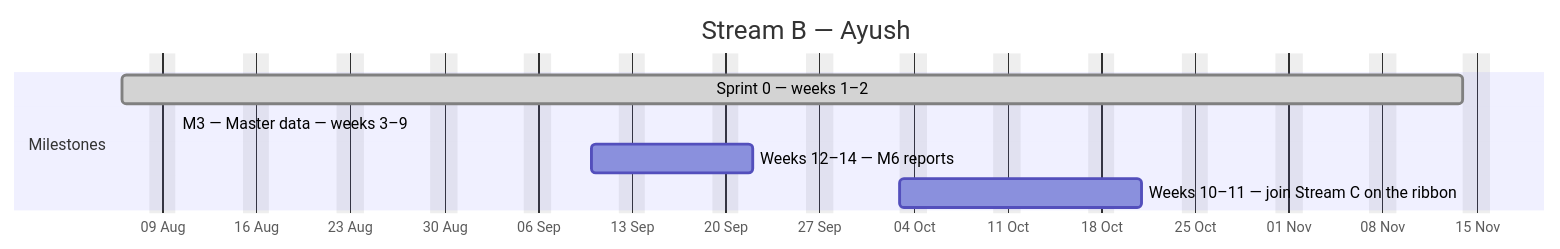
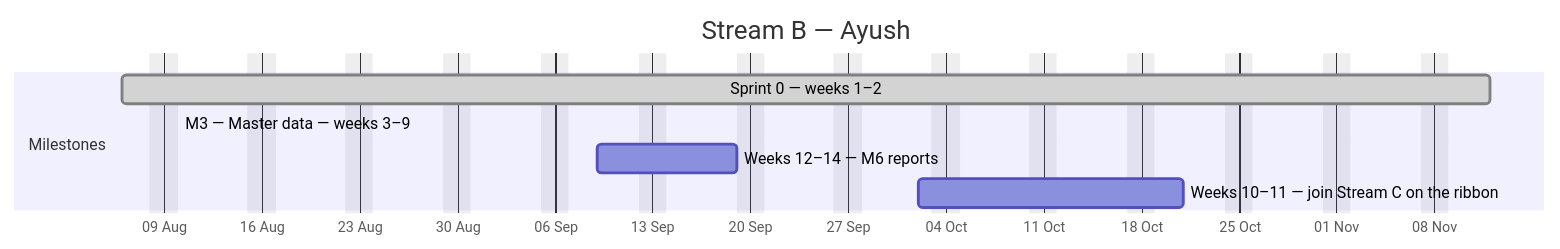
Before and after one commit to debashisedunext/EduTrack: the second of 4 diagrams in docs/plan/GANTT.md, drawn with Mermaid. The commit also changed other lines of this file and 3 other files, not shown here.

````diff
--- a/docs/plan/GANTT.md
+++ b/docs/plan/GANTT.md
@@ -132,12 +131,12 @@
 ```mermaid
 gantt
     dateFormat YYYY-MM-DD
     axisFormat %d %b
     title Stream B — Ayush
     excludes weekends
     section Milestones
-    Sprint 0 — weeks 1–2 :done, b0, 2026-08-06, 72d
-    M3 — Master data — weeks 3–9 :active, b1, 2026-08-10, -21d
-    Weeks 12–14 — M6 reports :b2, 2026-09-10, 8d
-    Weeks 10–11 — join Stream C on the ribbon :b3, 2026-10-03, 13d
+    Sprint 0 — weeks 1–2 :done, b0, 2026-08-06, 70d
+    M3 — Master data — weeks 3–9 :active, b1, 2026-08-10, -20d
+    Weeks 12–14 — M6 reports :b2, 2026-09-09, 8d
+    Weeks 10–11 — join Stream C on the ribbon :b3, 2026-10-02, 13d
 ```
````
